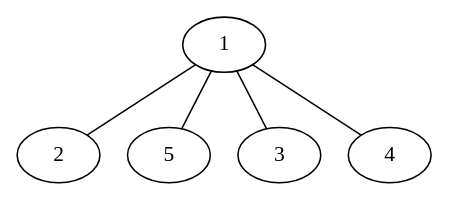
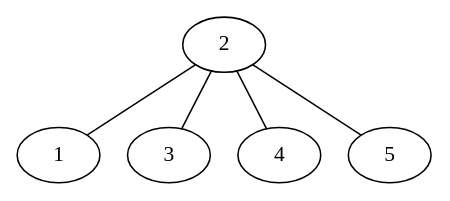
One commit to richardheise/TCC changed the diagram in 3-Codigo/entrada/grafo3.dot. Above: the diagram before and after it, drawn with Graphviz. The commit also changed 3 other files, not shown here.

```diff
--- a/3-Codigo/entrada/grafo3.dot
+++ b/3-Codigo/entrada/grafo3.dot
@@ -1,6 +1,6 @@
 graph grafo3 {
-    1 -- 2
-    1 -- 5
-    1 -- 3
-    1 -- 4
+    2 -- 1
+    2 -- 3
+    2 -- 4
+    2 -- 5
 }
```
